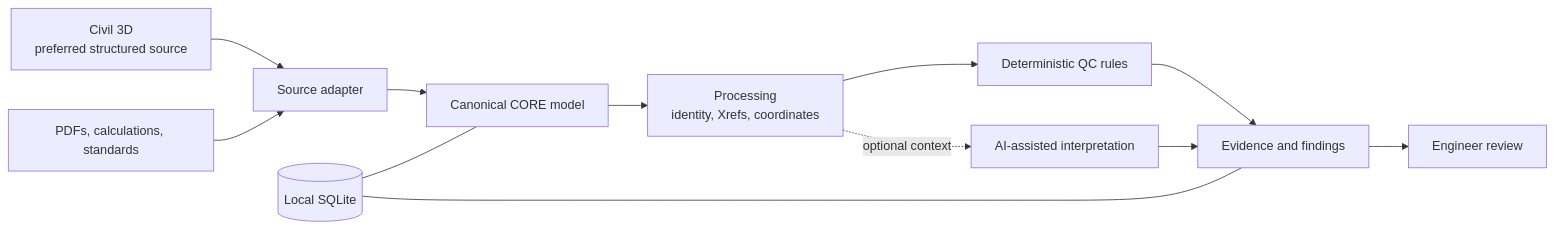
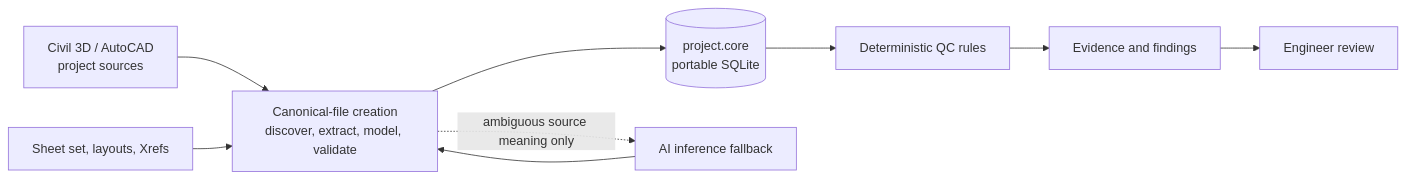
One commit to dkylewillis/core changed the diagram in docs/diagrams/system-overview.md. Above: the diagram before and after it, drawn with Mermaid. The commit also changed 9 other files, not shown here.

Commit message:
docs: clarify canonical project creation

````diff
--- a/docs/diagrams/system-overview.md
+++ b/docs/diagrams/system-overview.md
@@ -3,14 +3,11 @@
 ```mermaid
 flowchart LR
-  C3D["Civil 3D\npreferred structured source"] --> A["Source adapter"]
-  DOC["PDFs, calculations, standards"] --> A
-  A --> M["Canonical CORE model"]
-  M --> P["Processing\nidentity, Xrefs, coordinates"]
-  P --> D["Deterministic QC rules"]
+  C3D["Civil 3D / AutoCAD\nproject sources"] --> I["Canonical-file creation\ndiscover, extract, model, validate"]
+  SS["Sheet set, layouts, Xrefs"] --> I
+  I --> M[("project.core\nportable SQLite")]
+  M --> D["Deterministic QC rules"]
   D --> E["Evidence and findings"]
   E --> R["Engineer review"]
-  P -. optional context .-> AI["AI-assisted interpretation"]
-  AI --> E
-  DB[("Local SQLite")] --- M
-  DB --- E
+  I -. ambiguous source meaning only .-> AI["AI inference fallback"]
+  AI --> I
 ```
````
